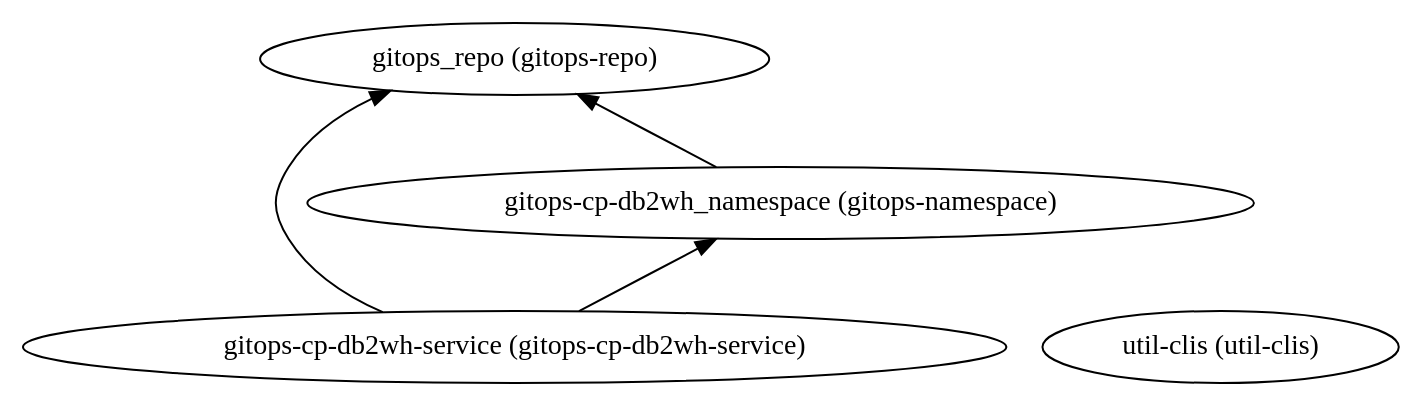
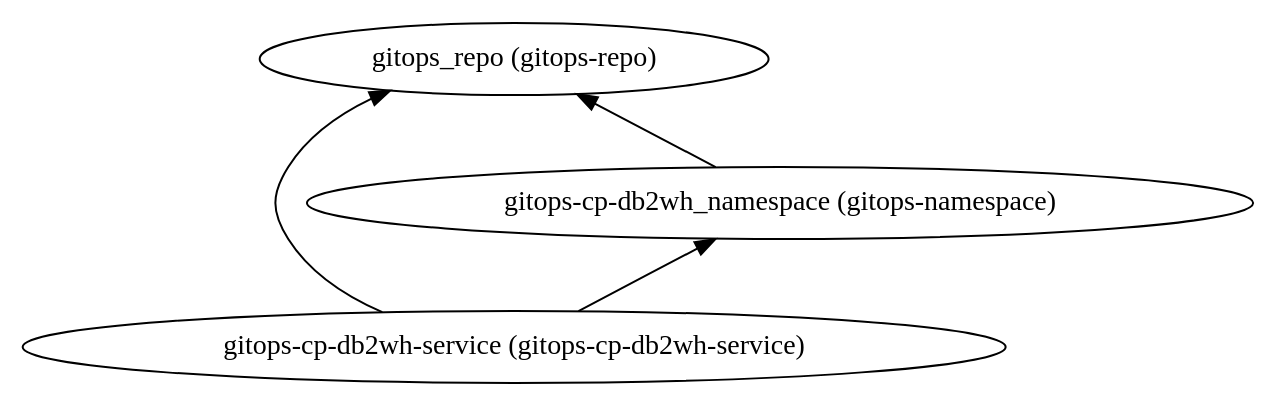
Before and after one commit to IBM/automation-data-foundation: the diagram in 315-cloud-pak-for-data-db2wh/dependencies.dot, drawn with Graphviz. The commit also changed 25 other files, not shown here.

```diff
--- a/315-cloud-pak-for-data-db2wh/dependencies.dot
+++ b/315-cloud-pak-for-data-db2wh/dependencies.dot
@@ -1,10 +1,9 @@
 digraph {
     rankdir="BT"
     "gitops-cp-db2wh-service (gitops-cp-db2wh-service)" -> "gitops_repo (gitops-repo)"
 "gitops-cp-db2wh-service (gitops-cp-db2wh-service)" -> "gitops-cp-db2wh_namespace (gitops-namespace)"
 "gitops-cp-db2wh-service (gitops-cp-db2wh-service)"
 "gitops_repo (gitops-repo)"
 "gitops-cp-db2wh_namespace (gitops-namespace)" -> "gitops_repo (gitops-repo)"
 "gitops-cp-db2wh_namespace (gitops-namespace)"
-"util-clis (util-clis)"
   }
```
